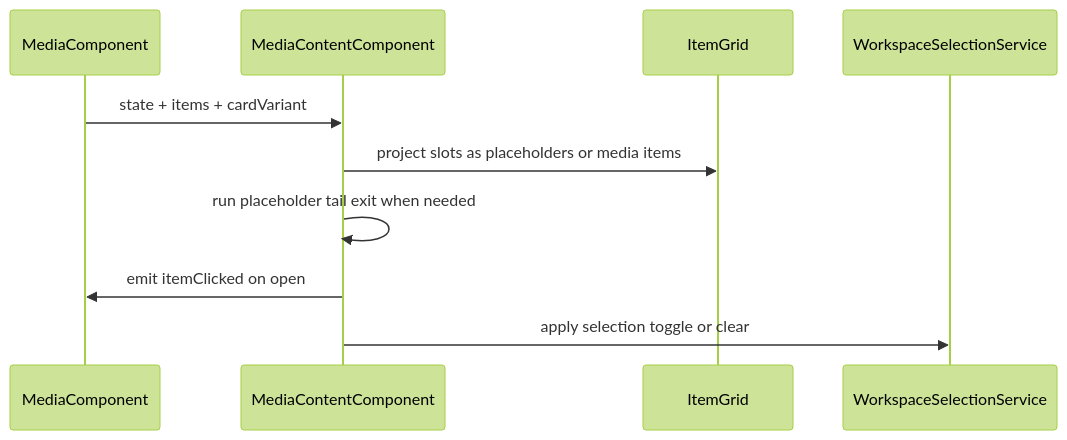
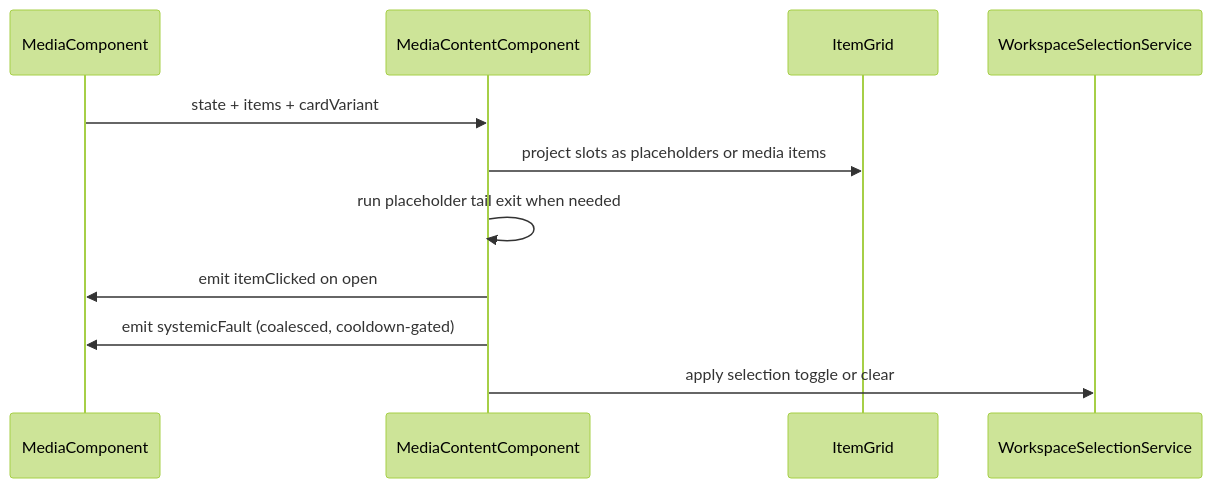
Before and after one commit to matkleve/feldpost: the second of 2 diagrams in docs/specs/component/media-content.md, drawn with Mermaid (forest theme). The commit also changed other lines of this file and 5 other files, not shown here.

First line of the commit message:
Refactor media component architecture and error handling

````diff
--- a/docs/specs/component/media-content.md
+++ b/docs/specs/component/media-content.md
@@ -93,13 +96,14 @@
 ```mermaid
 sequenceDiagram
   participant M as MediaComponent
   participant C as MediaContentComponent
   participant G as ItemGrid
   participant S as WorkspaceSelectionService
 
   M->>C: state + items + cardVariant
   C->>G: project slots as placeholders or media items
   C->>C: run placeholder tail exit when needed
   C->>M: emit itemClicked on open
+  C->>M: emit systemicFault (coalesced, cooldown-gated)
   C->>S: apply selection toggle or clear
 ```
````
